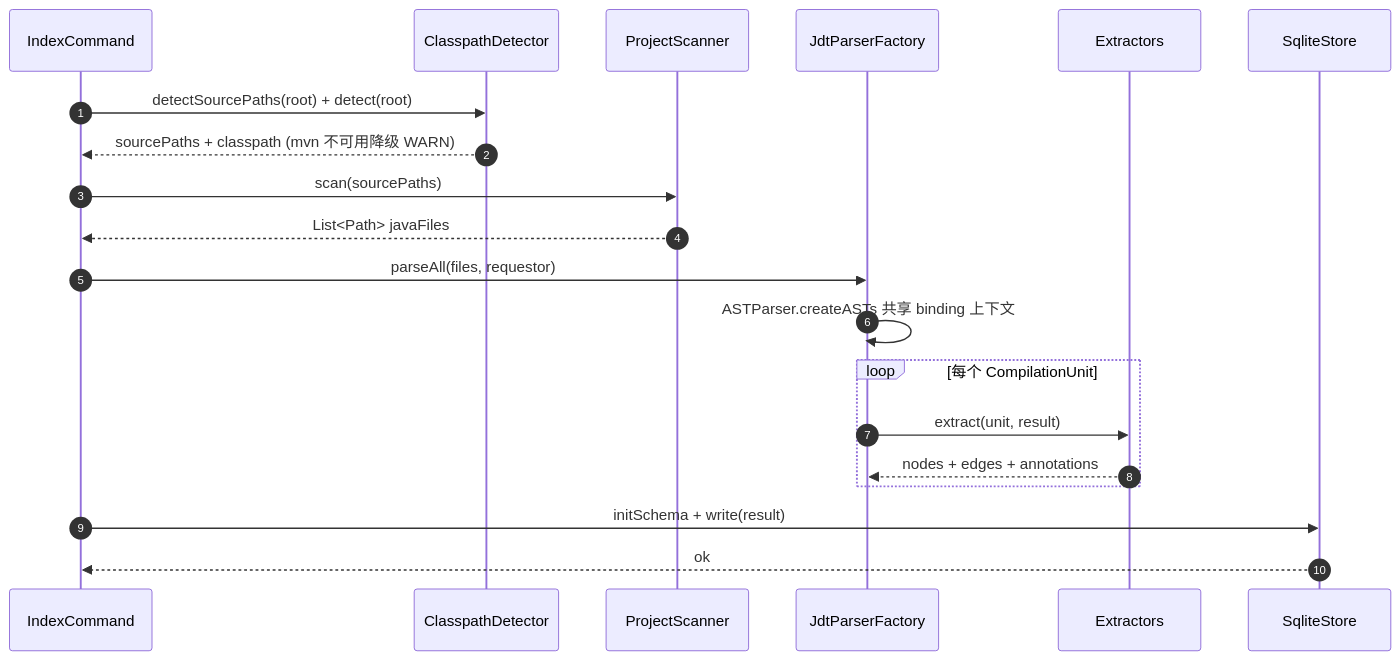
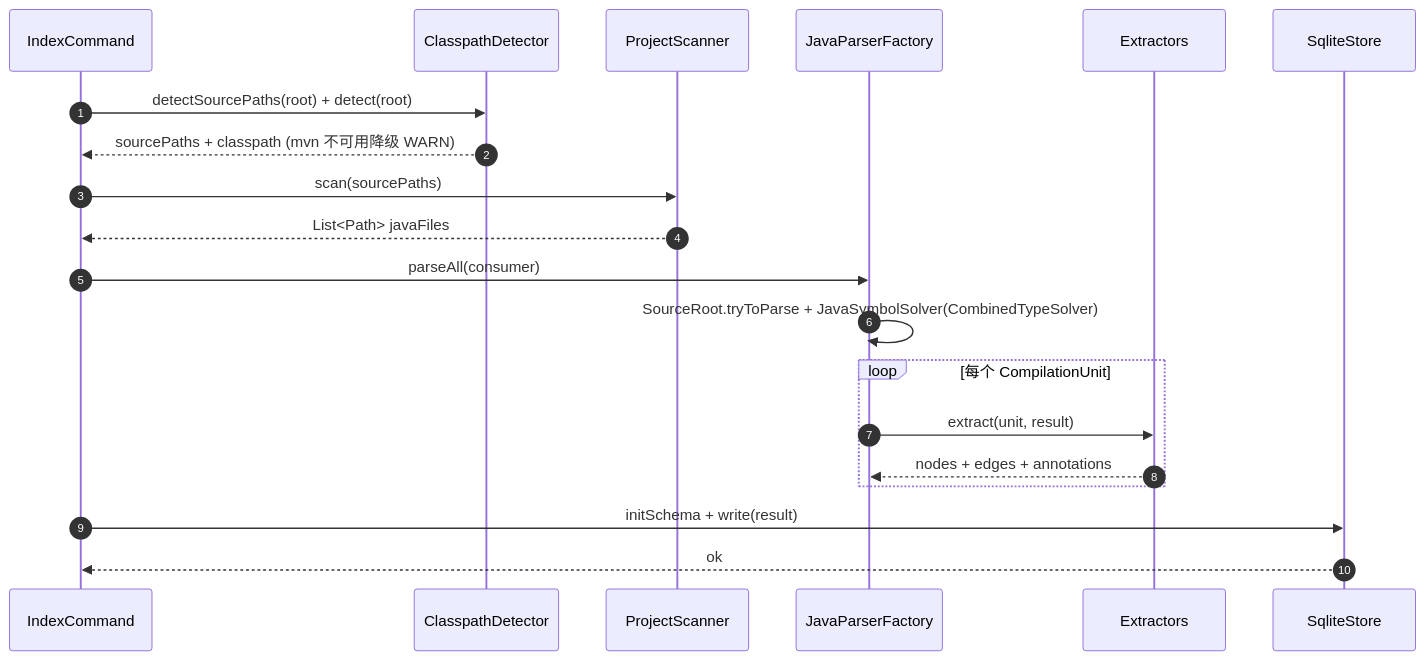
One commit to stream-iori/anatomist changed the second of 4 diagrams in .diorama/knowledge/facts/domain-model.md. Above: the diagram before and after it, drawn with Mermaid. The commit also changed other lines of this file and 51 other files, not shown here.

First line of the commit message:
Replace JDT with JavaParser + SymbolSolver

````diff
--- a/.diorama/knowledge/facts/domain-model.md
+++ b/.diorama/knowledge/facts/domain-model.md
@@ -106,23 +106,23 @@
 ```mermaid
 sequenceDiagram
     autonumber
     participant CLI as IndexCommand
     participant CD as ClasspathDetector
     participant PS as ProjectScanner
-    participant JF as JdtParserFactory
+    participant JF as JavaParserFactory
     participant Ext as Extractors
     participant SS as SqliteStore
 
     CLI->>CD: detectSourcePaths(root) + detect(root)
     CD-->>CLI: sourcePaths + classpath (mvn 不可用降级 WARN)
     CLI->>PS: scan(sourcePaths)
     PS-->>CLI: List<Path> javaFiles
-    CLI->>JF: parseAll(files, requestor)
-    JF->>JF: ASTParser.createASTs 共享 binding 上下文
+    CLI->>JF: parseAll(consumer)
+    JF->>JF: SourceRoot.tryToParse + JavaSymbolSolver(CombinedTypeSolver)
     loop 每个 CompilationUnit
         JF->>Ext: extract(unit, result)
         Ext-->>JF: nodes + edges + annotations
     end
     CLI->>SS: initSchema + write(result)
     SS-->>CLI: ok
 ```
````
